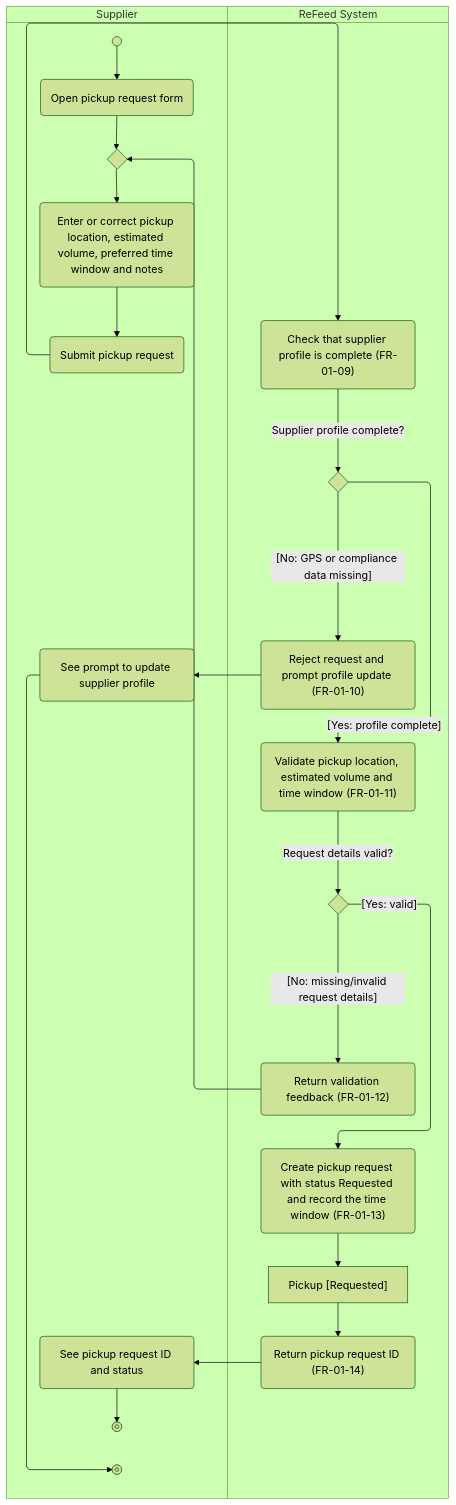
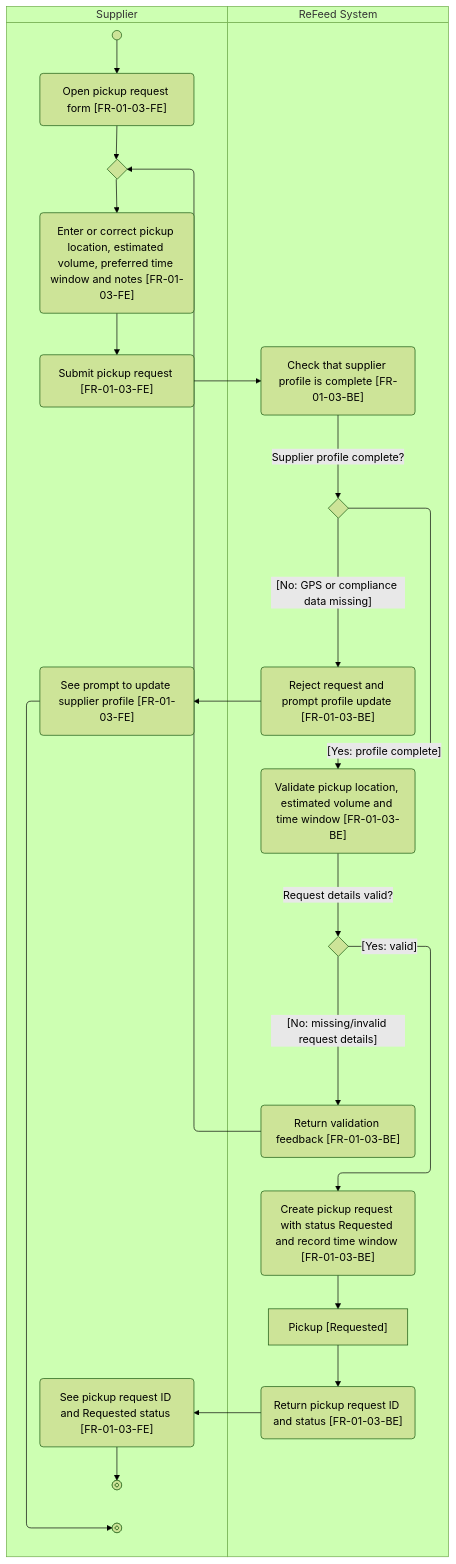
Before and after one commit to thuyvicbh-alt/DBIZ2---GROUP-D: the diagram in docs/activity/AD-UC-03.md, drawn with Mermaid (forest theme). The commit also changed other lines of this file, not shown here.

````diff
--- a/docs/activity/AD-UC-03.md
+++ b/docs/activity/AD-UC-03.md
@@ -24,34 +24,34 @@
 ```mermaid
 swimlane-beta TB
   subgraph ACT["Supplier"]
     start@{ shape: sm-circ }
-    a1("Open pickup request form")
+    a1("Open pickup request form [FR-01-03-FE]")
     m1{" "}
-    a2("Enter or correct pickup location, estimated volume, preferred time window and notes")
-    a3("Submit pickup request")
-    a4("See prompt to update supplier profile")
-    a5("See pickup request ID and status")
+    a2("Enter or correct pickup location, estimated volume, preferred time window and notes [FR-01-03-FE]")
+    a3("Submit pickup request [FR-01-03-FE]")
+    a4("See prompt to update supplier profile [FR-01-03-FE]")
+    a5("See pickup request ID and Requested status [FR-01-03-FE]")
     stop1@{ shape: fr-circ }
     stop2@{ shape: fr-circ }
   end
 
   subgraph SYS["ReFeed System"]
-    s1("Check that supplier profile is complete (FR-01-09)")
+    s1("Check that supplier profile is complete [FR-01-03-BE]")
     d1{" "}
-    s2("Reject request and prompt profile update (FR-01-10)")
-    s3("Validate pickup location, estimated volume and time window (FR-01-11)")
+    s2("Reject request and prompt profile update [FR-01-03-BE]")
+    s3("Validate pickup location, estimated volume and time window [FR-01-03-BE]")
     d2{" "}
-    s4("Return validation feedback (FR-01-12)")
-    s5("Create pickup request with status Requested and record the time window (FR-01-13)")
+    s4("Return validation feedback [FR-01-03-BE]")
+    s5("Create pickup request with status Requested and record time window [FR-01-03-BE]")
     o1["Pickup [Requested]"]
-    s6("Return pickup request ID (FR-01-14)")
+    s6("Return pickup request ID and status [FR-01-03-BE]")
   end
 
   start --> a1 --> m1 --> a2 --> a3 --> s1
   s1 -->|Supplier profile complete?| d1
   d1 -->|"[No: GPS or compliance data missing]"| s2 --> a4 --> stop2
   d1 -->|"[Yes: profile complete]"| s3
   s3 -->|Request details valid?| d2
   d2 -->|"[No: missing/invalid request details]"| s4 --> m1
   d2 -->|"[Yes: valid]"| s5 --> o1 --> s6 --> a5 --> stop1
 ```
````
